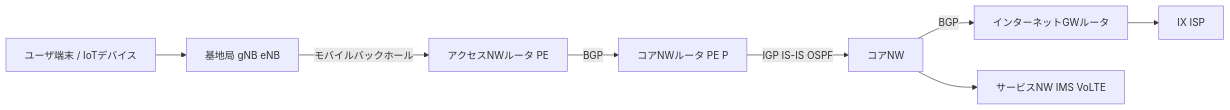
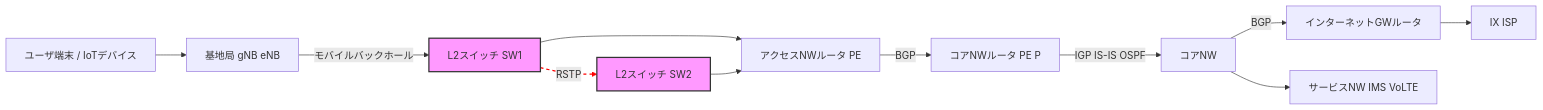
Before and after one commit to Austriaeste/core-network-memo: the diagram in README.md, drawn with Mermaid. The commit also changed other lines of this file, not shown here.

````diff
--- a/README.md
+++ b/README.md
@@ -37,10 +37,16 @@
 ```mermaid
 graph LR
     A[ユーザ端末 / IoTデバイス] --> B[基地局 gNB eNB]
-    B -- モバイルバックホール --> C[アクセスNWルータ PE]
-    C -- BGP --> D[コアNWルータ PE P]
-    D -- IGP IS-IS OSPF --> E[コアNW]
-    E -- BGP --> F[インターネットGWルータ]
-    F --> G[IX ISP]
-    E --> H[サービスNW IMS VoLTE]
+    B -- モバイルバックホール --> C[L2スイッチ SW1]
+    C -- RSTP --> D[L2スイッチ SW2]
+    C --> E[アクセスNWルータ PE]
+    D --> E
+    E -- BGP --> F[コアNWルータ PE P]
+    F -- IGP IS-IS OSPF --> G[コアNW]
+    G -- BGP --> H[インターネットGWルータ]
+    H --> I[IX ISP]
+    G --> J[サービスNW IMS VoLTE]
+    style C fill:#f9f,stroke:#333,stroke-width:2px
+    style D fill:#f9f,stroke:#333,stroke-width:2px
+    linkStyle 2 stroke:#f00,stroke-width:2px,stroke-dasharray:5
 ```
````
